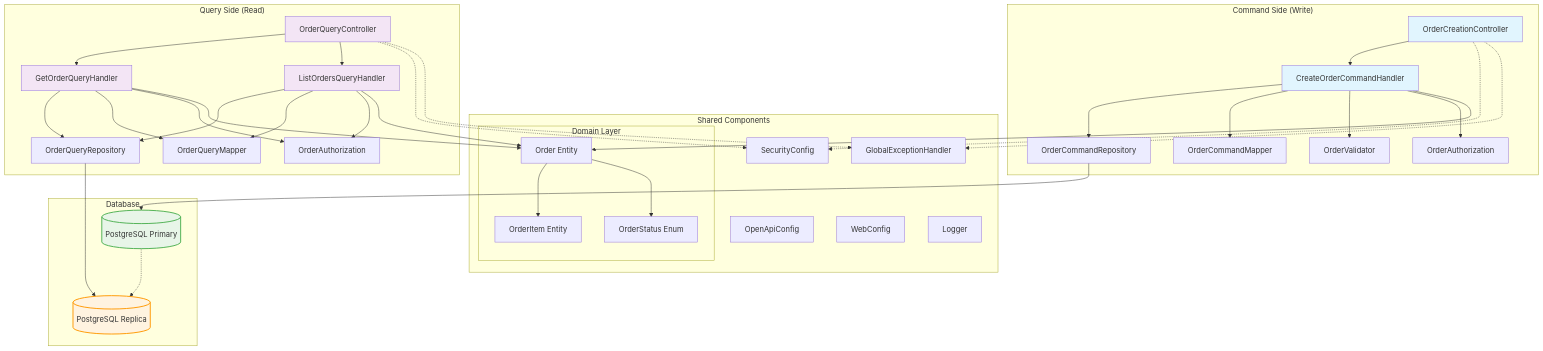
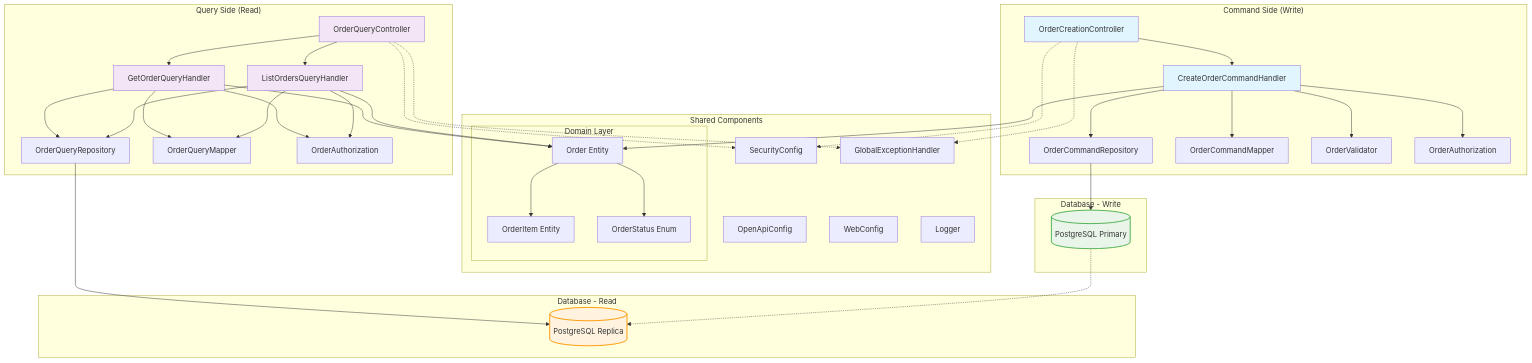
Before and after one commit to heandroro/java-spring-boot-cqrs: the second of 7 diagrams in README.md, drawn with Mermaid. The commit also changed other lines of this file, not shown here.

Commit message:
docs(cqrs): replace ascii with mermaid in overview diagram

````diff
--- a/README.md
+++ b/README.md
@@ -493,76 +515,79 @@
 ```mermaid
 flowchart TD
     subgraph "Shared Components"
         subgraph "Domain Layer"
             O[Order Entity]
             OI[OrderItem Entity]
             OS[OrderStatus Enum]
         end
         SC[SecurityConfig]
         OC[OpenApiConfig]
         WC[WebConfig]
         GEH[GlobalExceptionHandler]
         L[Logger]
     end
 
     subgraph "Command Side (Write)"
         CC[OrderCreationController]
         CH[CreateOrderCommandHandler]
         CR[OrderCommandRepository]
         CM[OrderCommandMapper]
         CV[OrderValidator]
         CA[OrderAuthorization]
     end
 
     subgraph "Query Side (Read)"
         QC[OrderQueryController]
         QH1[GetOrderQueryHandler]
         QH2[ListOrdersQueryHandler]
         QR[OrderQueryRepository]
         QM[OrderQueryMapper]
         QA[OrderAuthorization]
     end
 
     CC --> CH
     CH --> CR
     CH --> CM
     CH --> CV
     CH --> CA
 
     QC --> QH1
     QC --> QH2
     QH1 --> QR
     QH2 --> QR
     QH1 --> QM
     QH2 --> QM
     QH1 --> QA
     QH2 --> QA
 
     CH --> O
     QH1 --> O
     QH2 --> O
     O --> OI
     O --> OS
 
     CC -.-> SC
     QC -.-> SC
     CC -.-> GEH
     QC -.-> GEH
 
-    subgraph "Database"
+    subgraph "Database - Write"
         DBP[(PostgreSQL Primary)]
+    end
+
+    subgraph "Database - Read"
         DBR[(PostgreSQL Replica)]
     end
 
     CR --> DBP
     QR --> DBR
     DBP -.-> DBR
 
     style CC fill:#e1f5fe
     style CH fill:#e1f5fe
     style QC fill:#f3e5f5
     style QH1 fill:#f3e5f5
     style QH2 fill:#f3e5f5
     style DBP fill:#e8f5e8,stroke:#4caf50,stroke-width:2px
     style DBR fill:#fff3e0,stroke:#ff9800,stroke-width:2px
 ```
````
